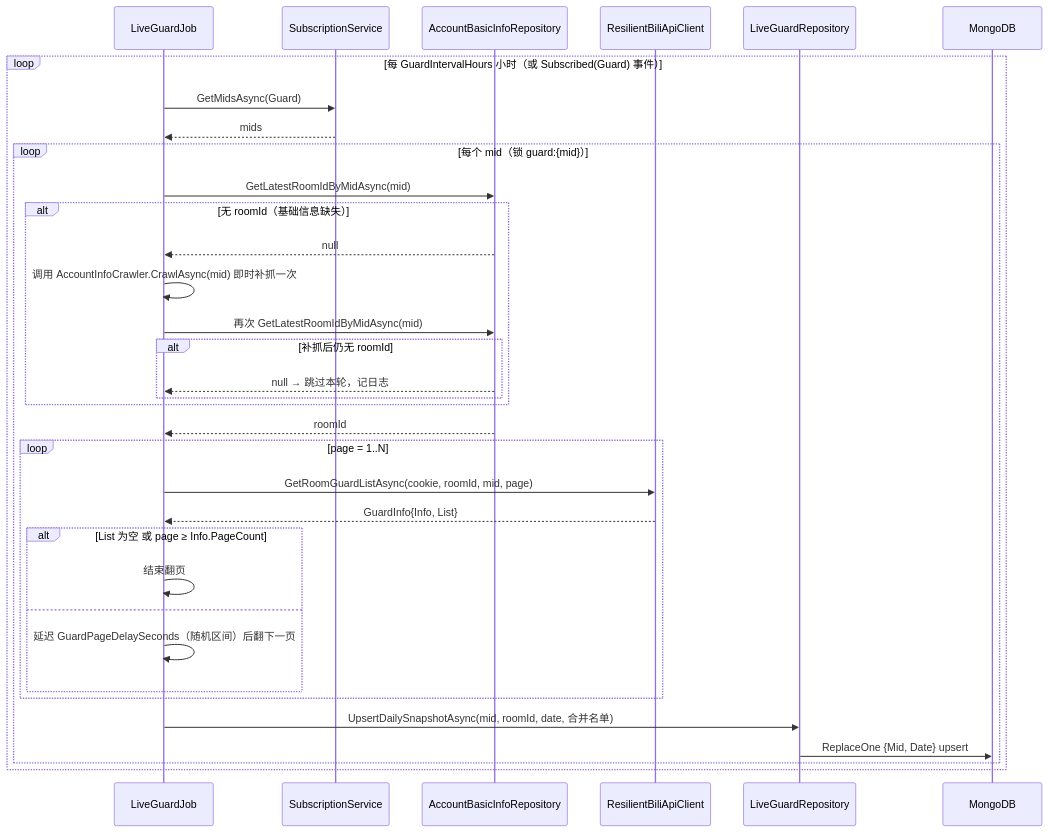
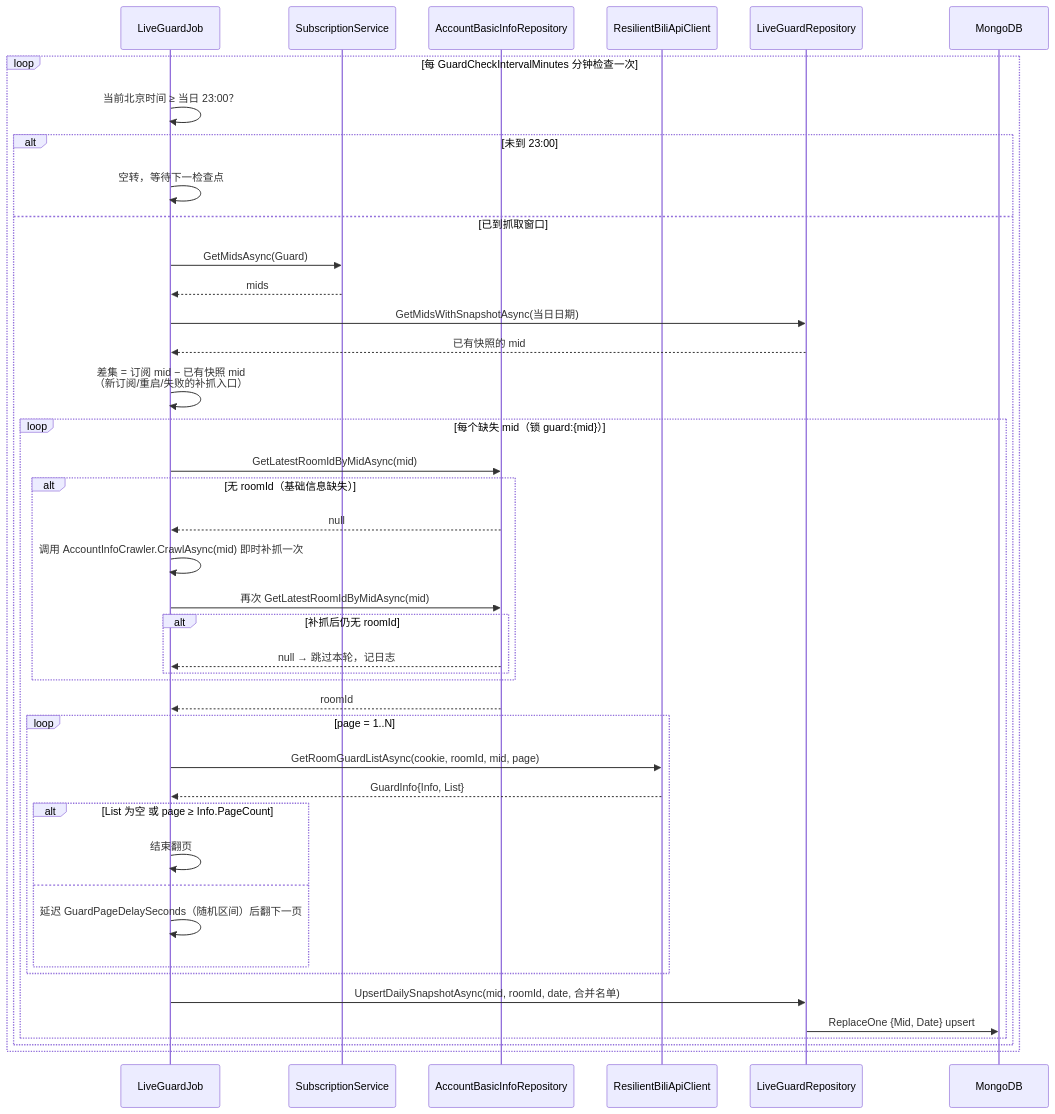
Before and after one commit to Deliay/z-vtuber: the third of 3 diagrams in docs/engineering/proposals/20260831-proposal-live-guard-crawl.md, drawn with Mermaid. The commit also changed other lines of this file and 1 other file, not shown here.

Commit message:
docs: schedule guard crawl at 23:00 daily with missed-snapshot catch-up

````diff
--- a/docs/engineering/proposals/20260831-proposal-live-guard-crawl.md
+++ b/docs/engineering/proposals/20260831-proposal-live-guard-crawl.md
@@ -197,37 +200,45 @@
 ```mermaid
 sequenceDiagram
     participant J as LiveGuardJob
     participant S as SubscriptionService
     participant B as AccountBasicInfoRepository
     participant C as ResilientBiliApiClient
     participant R as LiveGuardRepository
     participant M as MongoDB
 
-    loop 每 GuardIntervalHours 小时（或 Subscribed(Guard) 事件）
-        J->>S: GetMidsAsync(Guard)
-        S-->>J: mids
-        loop 每个 mid（锁 guard:{mid}）
-            J->>B: GetLatestRoomIdByMidAsync(mid)
-            alt 无 roomId（基础信息缺失）
-                B-->>J: null
-                J->>J: 调用 AccountInfoCrawler.CrawlAsync(mid) 即时补抓一次
-                J->>B: 再次 GetLatestRoomIdByMidAsync(mid)
-                alt 补抓后仍无 roomId
-                    B-->>J: null → 跳过本轮，记日志
+    loop 每 GuardCheckIntervalMinutes 分钟检查一次
+        J->>J: 当前北京时间 ≥ 当日 23:00？
+        alt 未到 23:00
+            J->>J: 空转，等待下一检查点
+        else 已到抓取窗口
+            J->>S: GetMidsAsync(Guard)
+            S-->>J: mids
+            J->>R: GetMidsWithSnapshotAsync(当日日期)
+            R-->>J: 已有快照的 mid
+            J->>J: 差集 = 订阅 mid − 已有快照 mid<br/>（新订阅/重启/失败的补抓入口）
+            loop 每个缺失 mid（锁 guard:{mid}）
+                J->>B: GetLatestRoomIdByMidAsync(mid)
+                alt 无 roomId（基础信息缺失）
+                    B-->>J: null
+                    J->>J: 调用 AccountInfoCrawler.CrawlAsync(mid) 即时补抓一次
+                    J->>B: 再次 GetLatestRoomIdByMidAsync(mid)
+                    alt 补抓后仍无 roomId
+                        B-->>J: null → 跳过本轮，记日志
+                    end
                 end
+                B-->>J: roomId
+                loop page = 1..N
+                    J->>C: GetRoomGuardListAsync(cookie, roomId, mid, page)
+                    C-->>J: GuardInfo{Info, List}
+                    alt List 为空 或 page ≥ Info.PageCount
+                        J->>J: 结束翻页
+                    else
+                        J->>J: 延迟 GuardPageDelaySeconds（随机区间）后翻下一页
+                    end
+                end
+                J->>R: UpsertDailySnapshotAsync(mid, roomId, date, 合并名单)
+                R->>M: ReplaceOne {Mid, Date} upsert
             end
-            B-->>J: roomId
-            loop page = 1..N
-                J->>C: GetRoomGuardListAsync(cookie, roomId, mid, page)
-                C-->>J: GuardInfo{Info, List}
-                alt List 为空 或 page ≥ Info.PageCount
-                    J->>J: 结束翻页
-                else
-                    J->>J: 延迟 GuardPageDelaySeconds（随机区间）后翻下一页
-                end
-            end
-            J->>R: UpsertDailySnapshotAsync(mid, roomId, date, 合并名单)
-            R->>M: ReplaceOne {Mid, Date} upsert
         end
     end
 ```
````
